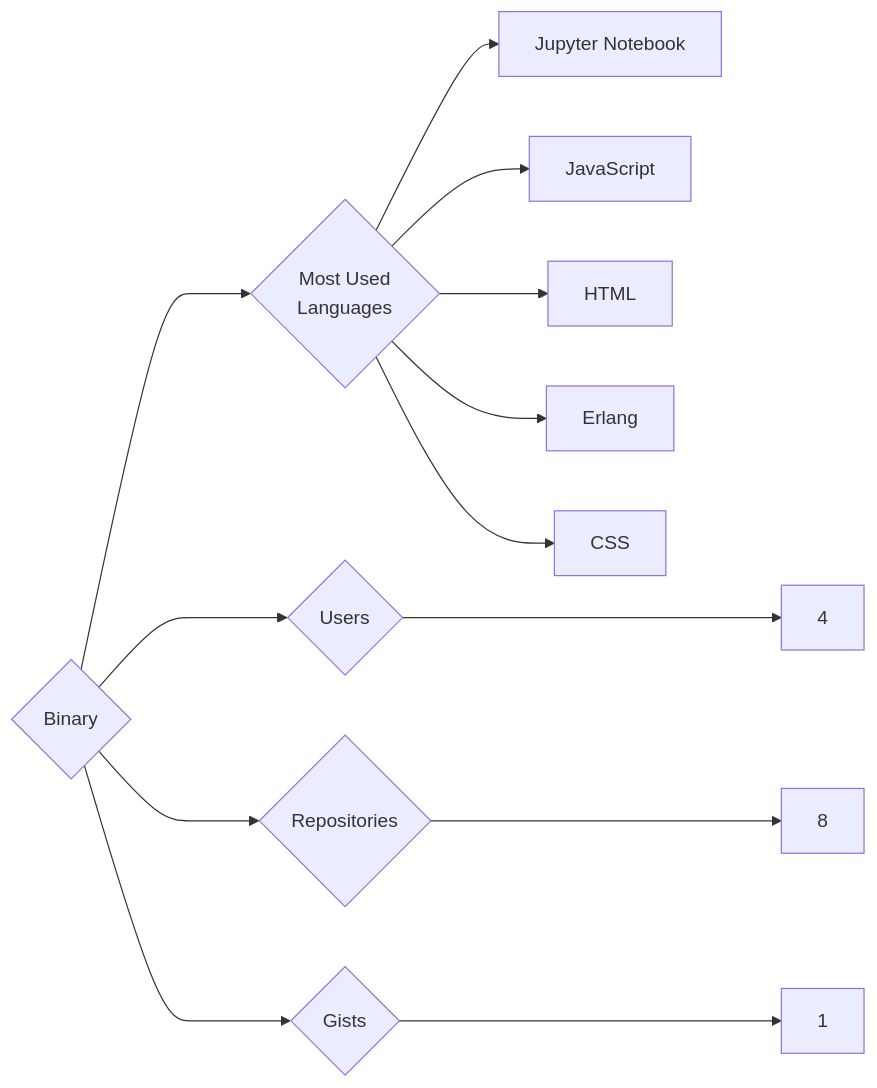
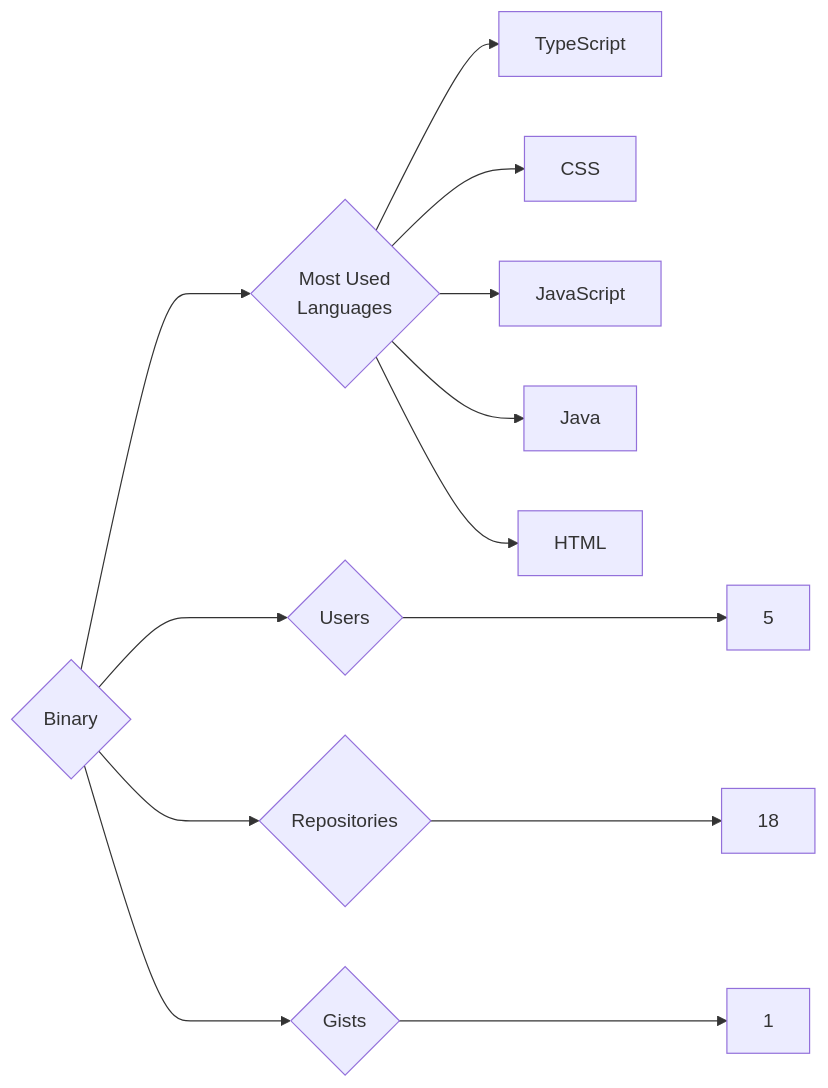
One commit to trickest/insiders changed the diagram in targets/Binary/README.md. Above: the diagram before and after it, drawn with Mermaid. The commit also changed 782 other files, not shown here.

````diff
--- a/targets/Binary/README.md
+++ b/targets/Binary/README.md
@@ -3,13 +3,13 @@
 ```mermaid
 graph LR
 COMPANY_NAME{Binary}
-COMPANY_NAME ---> U{Users} ---> UN[4]
-COMPANY_NAME ---> R{Repositories} ---> RN[8]
+COMPANY_NAME ---> U{Users} ---> UN[5]
+COMPANY_NAME ---> R{Repositories} ---> RN[18]
 COMPANY_NAME ---> G{Gists} ---> GN[1]
 COMPANY_NAME ---> ML{Most Used<br>Languages}
-ML --> Jupyter_Notebook[Jupyter Notebook]
+ML --> TypeScript[TypeScript]
+ML --> CSS[CSS]
 ML --> JavaScript[JavaScript]
+ML --> Java[Java]
 ML --> HTML[HTML]
-ML --> Erlang[Erlang]
-ML --> CSS[CSS]
 ```
````
